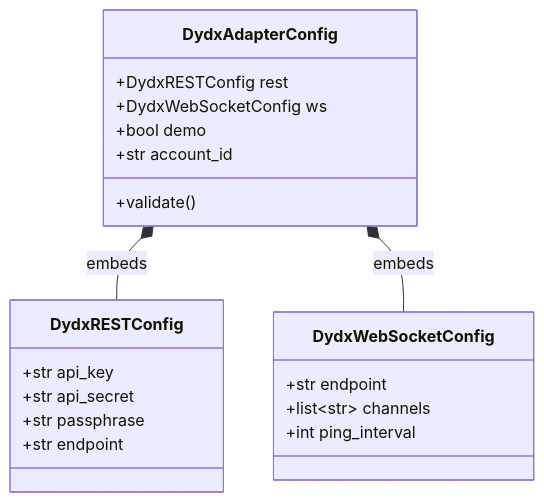
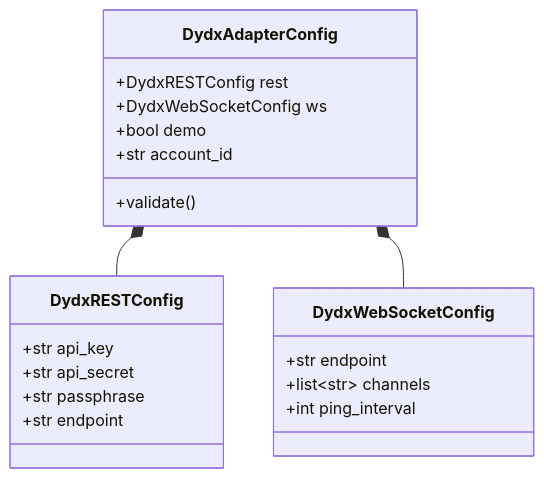
Before and after one commit to nicolad/nautilus-trader-dydx: the ninth of 14 diagrams in diagrams.md, drawn with Mermaid. The commit also changed other lines of this file, not shown here.

````diff
--- a/diagrams.md
+++ b/diagrams.md
@@ -153,26 +251,26 @@
 ```mermaid
 classDiagram
     class DydxAdapterConfig {
         +DydxRESTConfig rest
         +DydxWebSocketConfig ws
         +bool demo
         +str account_id
         +validate()
     }
 
     class DydxRESTConfig {
         +str api_key
         +str api_secret
         +str passphrase
         +str endpoint
     }
 
     class DydxWebSocketConfig {
         +str endpoint
         +list~str~ channels
         +int ping_interval
     }
 
-    DydxAdapterConfig *-- DydxRESTConfig : embeds
-    DydxAdapterConfig *-- DydxWebSocketConfig : embeds
+    DydxAdapterConfig *-- DydxRESTConfig
+    DydxAdapterConfig *-- DydxWebSocketConfig
 ```
````
